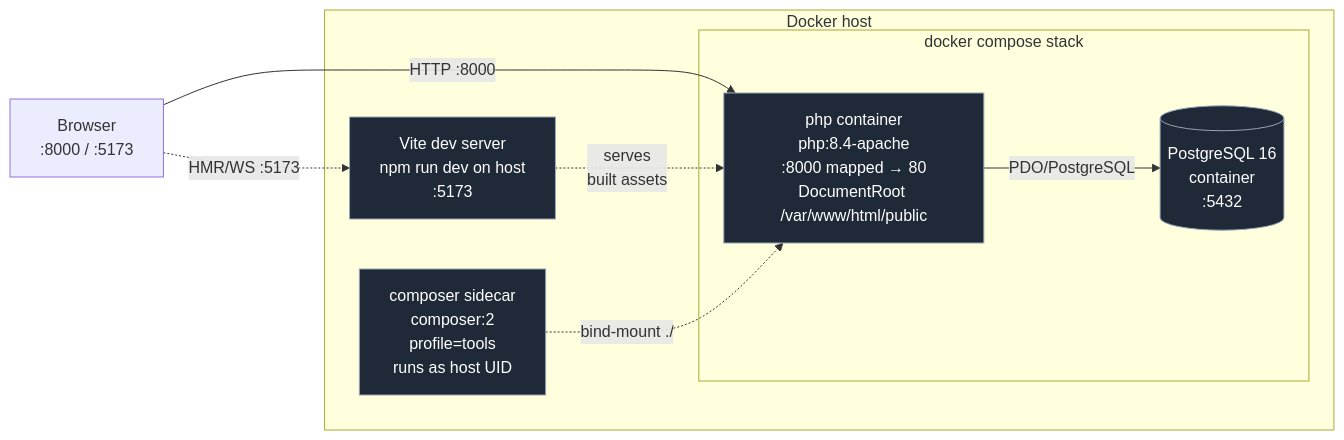
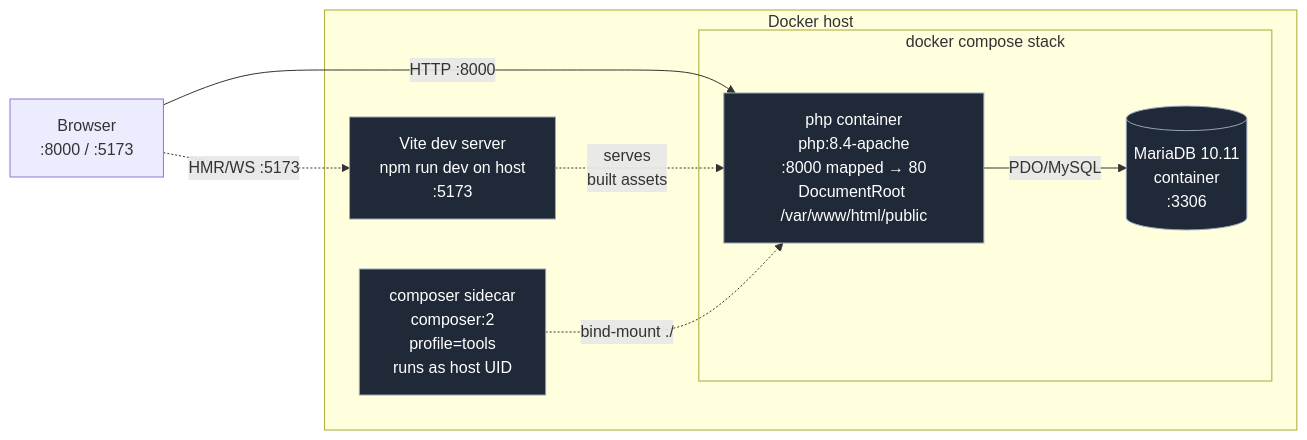
Before and after one commit to ortiz-facundo/institutional-webpage-skeleton: the diagram in README.md, drawn with Mermaid. The commit also changed other lines of this file and 26 other files, not shown here.

````diff
--- a/README.md
+++ b/README.md
@@ -78,22 +87,22 @@
 ```mermaid
 flowchart LR
     Browser[Browser<br/>:8000 / :5173]
 
     subgraph dockerHost[Docker host]
         subgraph composeStack[docker compose stack]
             Apache[php container<br/>php:8.4-apache<br/>:8000 mapped → 80<br/>DocumentRoot /var/www/html/public]
-            PG[(PostgreSQL 16<br/>container<br/>:5432)]
+            MariaDB[(MariaDB 10.11<br/>container<br/>:3306)]
         end
         Composer[composer sidecar<br/>composer:2<br/>profile=tools<br/>runs as host UID]
         ViteHost[Vite dev server<br/>npm run dev on host<br/>:5173]
     end
 
     Browser -->|HTTP :8000| Apache
     Browser -.->|HMR/WS :5173| ViteHost
     ViteHost -.->|serves<br/>built assets| Apache
-    Apache -->|PDO/PostgreSQL| PG
+    Apache -->|PDO/MySQL| MariaDB
     Composer -.->|bind-mount ./| Apache
 
     classDef container fill:#1f2937,stroke:#94a3b8,color:#fff
-    class Apache,PG,Composer,ViteHost container
+    class Apache,MariaDB,Composer,ViteHost container
 ```
````
